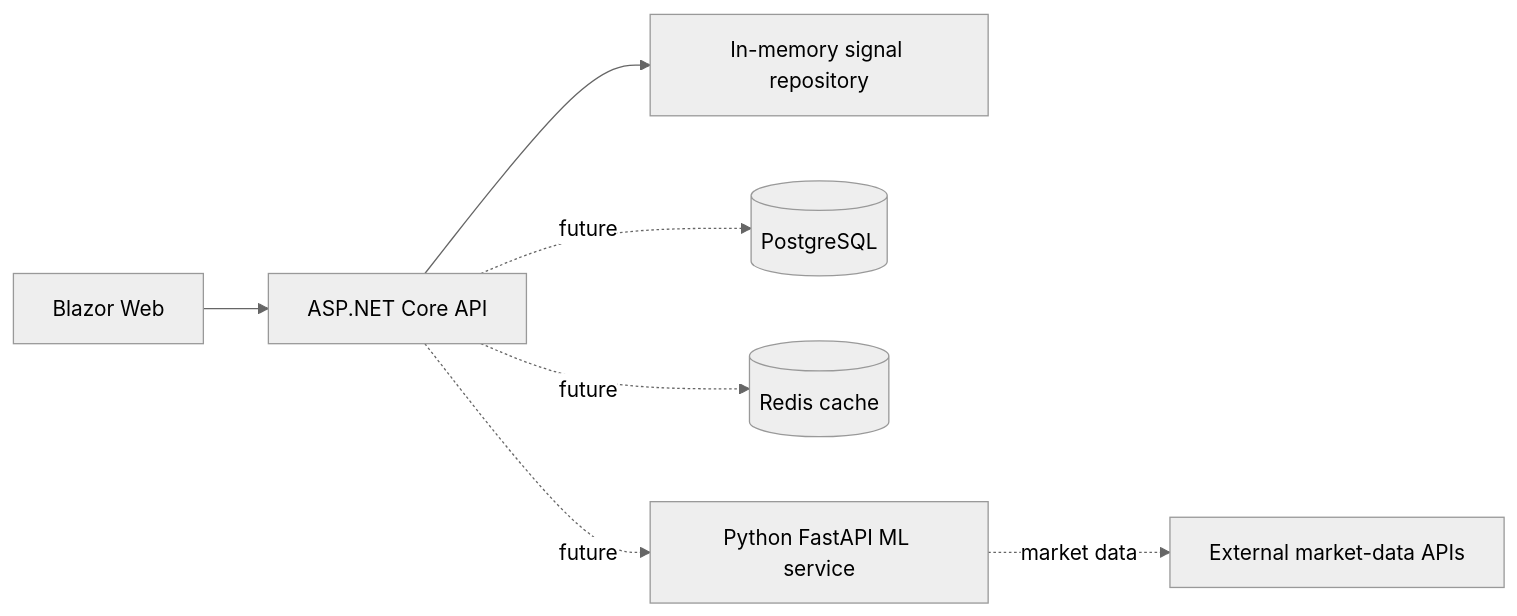
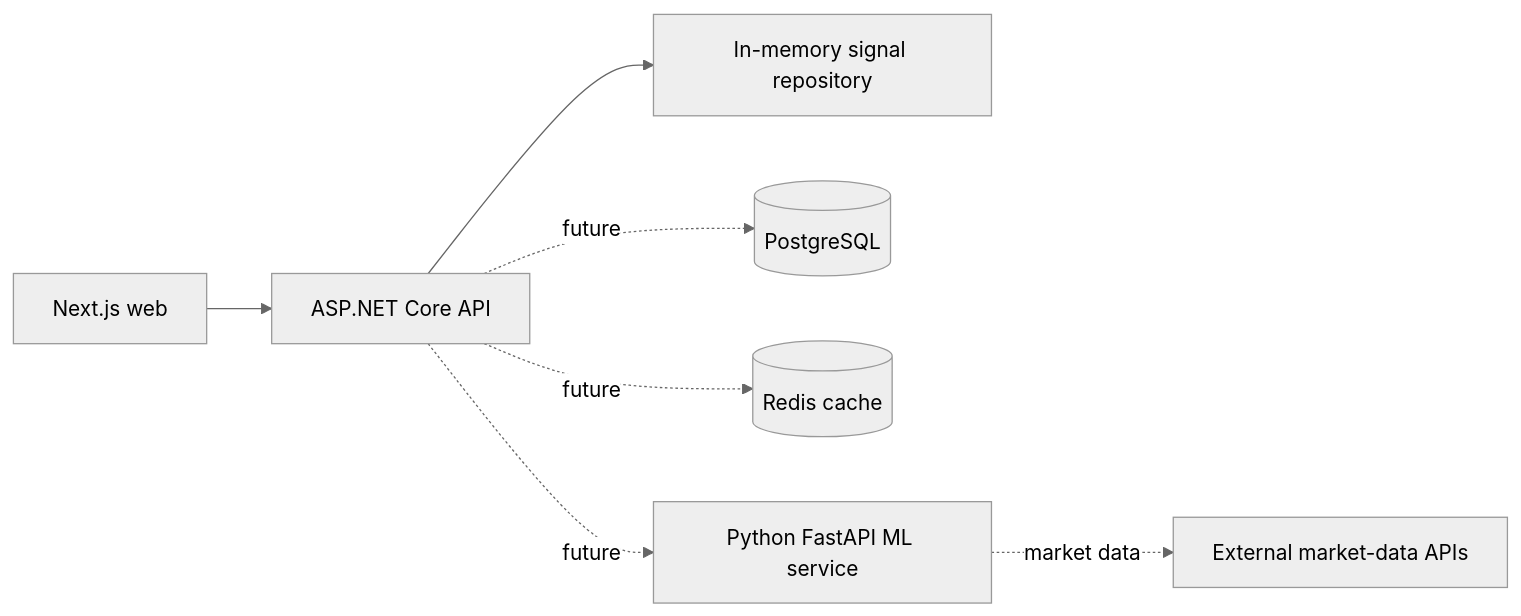
Before and after one commit to krishnaramesh-26/QuasarQuant: the first of 3 diagrams in docs/BACKEND_INFRASTRUCTURE.md, drawn with Mermaid (neutral theme). The commit also changed other lines of this file, not shown here.

Commit message:
update docs to be accurate

````diff
--- a/docs/BACKEND_INFRASTRUCTURE.md
+++ b/docs/BACKEND_INFRASTRUCTURE.md
@@ -7,9 +7,9 @@
 ```mermaid
 flowchart LR
-    Browser[Blazor Web] --> API[ASP.NET Core API]
+    Browser[Next.js web] --> API[ASP.NET Core API]
     API --> Memory[In-memory signal repository]
     API -. future .-> PostgreSQL[(PostgreSQL)]
     API -. future .-> Redis[(Redis cache)]
     API -. future .-> ML[Python FastAPI ML service]
     ML -. market data .-> External[External market-data APIs]
 ```
````
